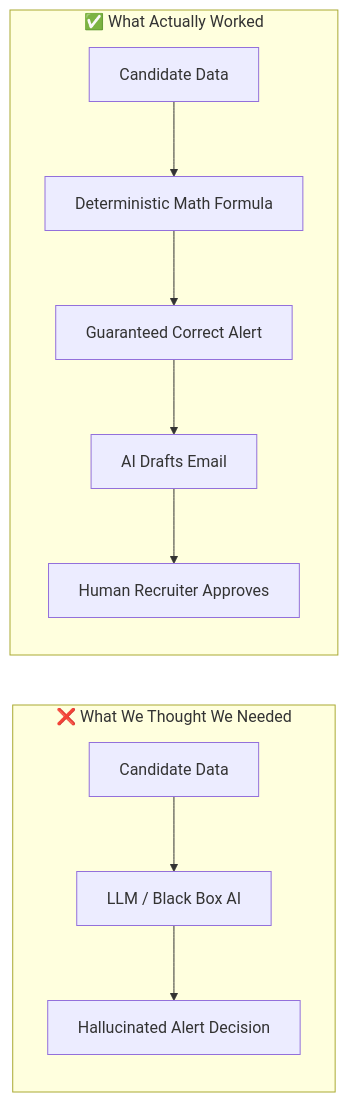
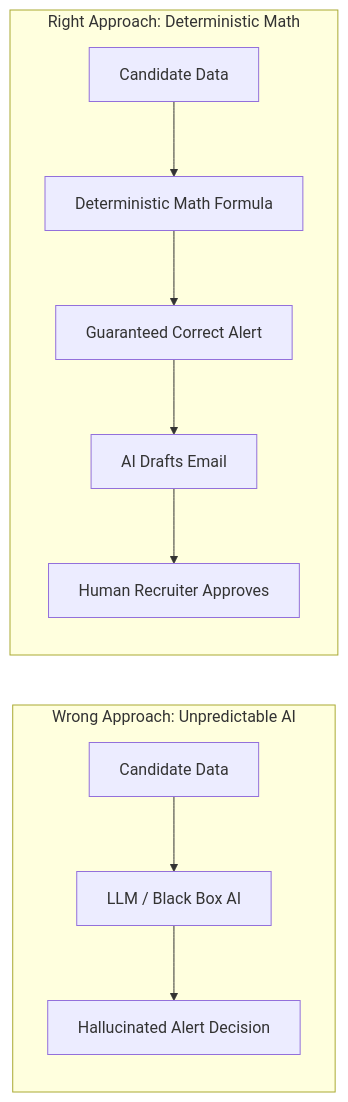
One commit to ajayroll1/Stall_Alert changed the diagram in docs/UNLEARNED.md. Above: the diagram before and after it, drawn with Mermaid. The commit also changed other lines of this file and 9 other files, not shown here.

````diff
--- a/docs/UNLEARNED.md
+++ b/docs/UNLEARNED.md
@@ -17,10 +17,10 @@
 ```mermaid
 flowchart LR
-    subgraph WRONG_WAY ["❌ What We Thought We Needed"]
+    subgraph WRONG_WAY ["Wrong Approach: Unpredictable AI"]
         A1[Candidate Data] --> B1[LLM / Black Box AI] --> C1[Hallucinated Alert Decision]
     end
-    subgraph RIGHT_WAY ["✅ What Actually Worked"]
+    subgraph RIGHT_WAY ["Right Approach: Deterministic Math"]
         A2[Candidate Data] --> B2[Deterministic Math Formula] --> C2[Guaranteed Correct Alert]
         C2 --> D2[AI Drafts Email] --> E2[Human Recruiter Approves]
     end
 ```
````
